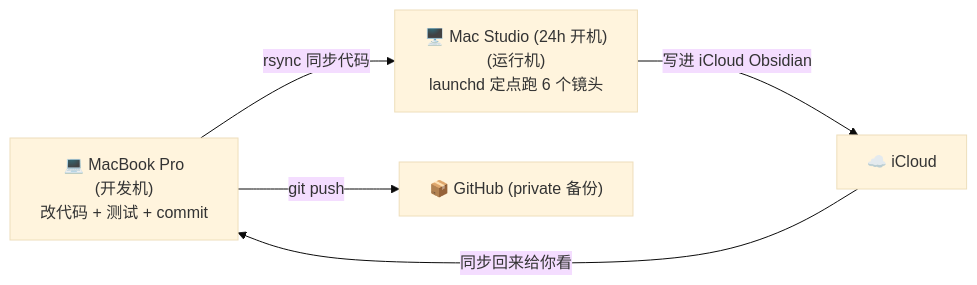
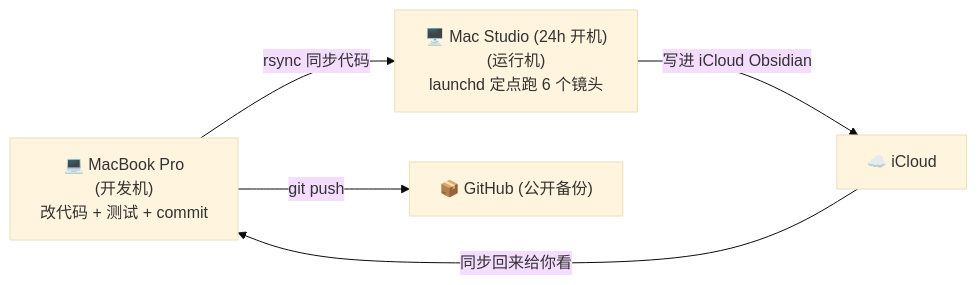
One commit to hailanlan0577/diting-radar changed the third of 3 diagrams in README.md. Above: the diagram before and after it, drawn with Mermaid (base theme). The commit also changed other lines of this file and 3 other files, not shown here.

````diff
--- a/README.md
+++ b/README.md
@@ -98,7 +98,7 @@
 ```mermaid
 flowchart LR
     Dev["💻 MacBook Pro<br/>(开发机)<br/>改代码 + 测试 + commit"] -->|"rsync 同步代码"| Run["🖥️ Mac Studio (24h 开机)<br/>(运行机)<br/>launchd 定点跑 6 个镜头"]
     Run -->|"写进 iCloud Obsidian"| iCloud["☁️ iCloud"]
     iCloud -->|"同步回来给你看"| Dev
-    Dev -->|"git push"| GH["📦 GitHub (private 备份)"]
+    Dev -->|"git push"| GH["📦 GitHub (公开备份)"]
 ```
````
